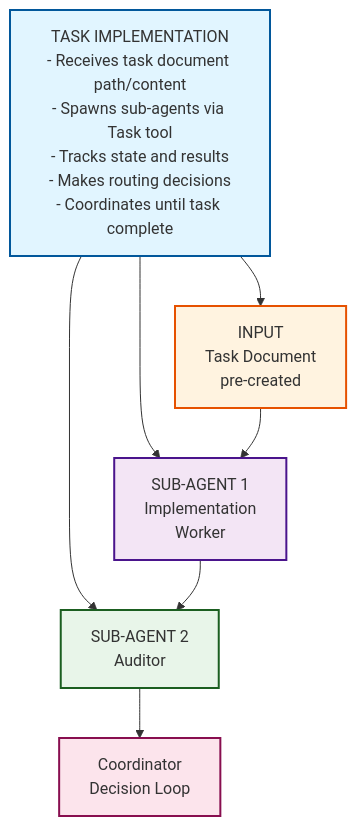
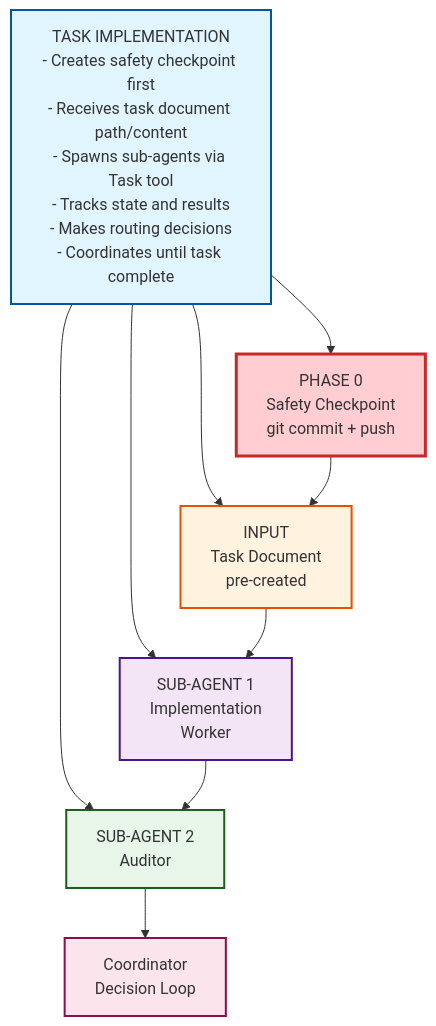
One commit to abcxyzx0099/datachat changed the first of 4 diagrams in .claude/skills/task-worker/SKILL.md. Above: the diagram before and after it, drawn with Mermaid. The commit also changed other lines of this file, not shown here.

First line of the commit message:
feat(skills): add safety checkpoint to task-worker skill

````diff
--- a/.claude/skills/task-worker/SKILL.md
+++ b/.claude/skills/task-worker/SKILL.md
@@ -21,23 +22,27 @@
 ```mermaid
 flowchart TD
-    Coordinator["TASK IMPLEMENTATION<br/>- Receives task document path/content<br/>- Spawns sub-agents via Task tool<br/>- Tracks state and results<br/>- Makes routing decisions<br/>- Coordinates until task complete"]
+    Coordinator["TASK IMPLEMENTATION<br/>- Creates safety checkpoint first<br/>- Receives task document path/content<br/>- Spawns sub-agents via Task tool<br/>- Tracks state and results<br/>- Makes routing decisions<br/>- Coordinates until task complete"]
 
+    Safety["PHASE 0<br/>Safety Checkpoint<br/>git commit + push"]
     Input["INPUT<br/>Task Document<br/>pre-created"]
     Impl["SUB-AGENT 1<br/>Implementation<br/>Worker"]
     Auditor["SUB-AGENT 2<br/>Auditor"]
     Decision["Coordinator<br/>Decision Loop"]
 
+    Coordinator --> Safety
     Coordinator --> Input
     Coordinator --> Impl
     Coordinator --> Auditor
 
+    Safety --> Input
     Input --> Impl
     Impl --> Auditor
     Auditor --> Decision
 
     style Coordinator fill:#e1f5ff,stroke:#01579b,stroke-width:2px
+    style Safety fill:#ffcdd2,stroke:#c62828,stroke-width:3px
     style Input fill:#fff3e0,stroke:#e65100,stroke-width:2px
     style Impl fill:#f3e5f5,stroke:#4a148c,stroke-width:2px
     style Auditor fill:#e8f5e9,stroke:#1b5e20,stroke-width:2px
     style Decision fill:#fce4ec,stroke:#880e4f,stroke-width:2px
 ```
````
